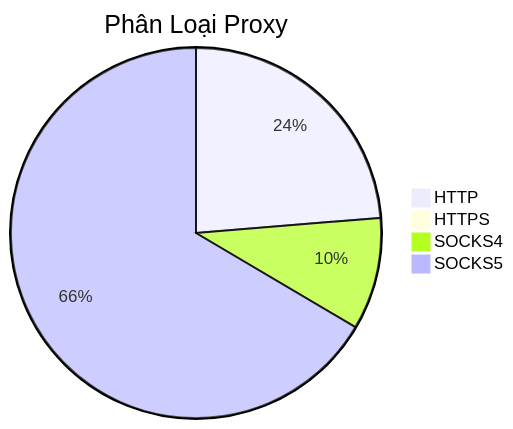
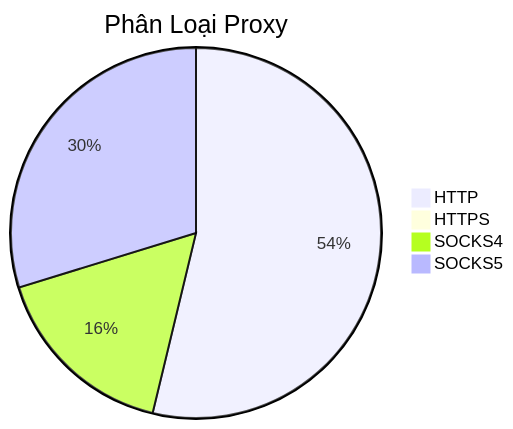
One commit to Ciara-12/PROXY-free changed the diagram in README.md. Above: the diagram before and after it, drawn with Mermaid. The commit also changed other lines of this file and 4 other files, not shown here.

````diff
--- a/README.md
+++ b/README.md
@@ -26,7 +26,7 @@
 ```mermaid
 pie title Phân Loại Proxy
-    "HTTP" : 724
-    "HTTPS" : 1
-    "SOCKS4" : 299
-    "SOCKS5" : 2032
+    "HTTP" : 1115
+    "HTTPS" : 0
+    "SOCKS4" : 342
+    "SOCKS5" : 617
 ```
````
